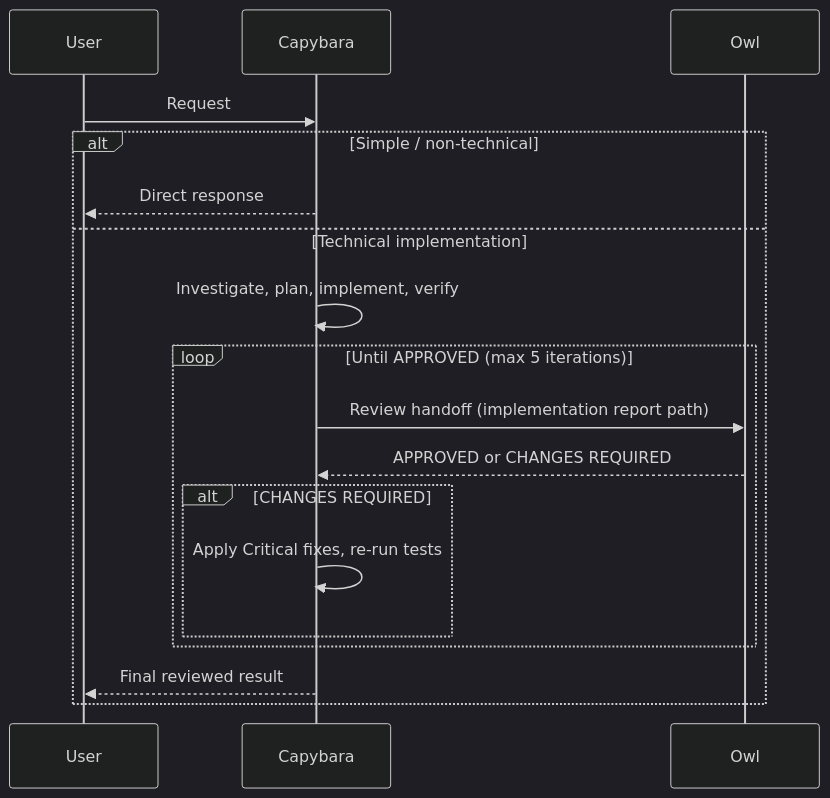
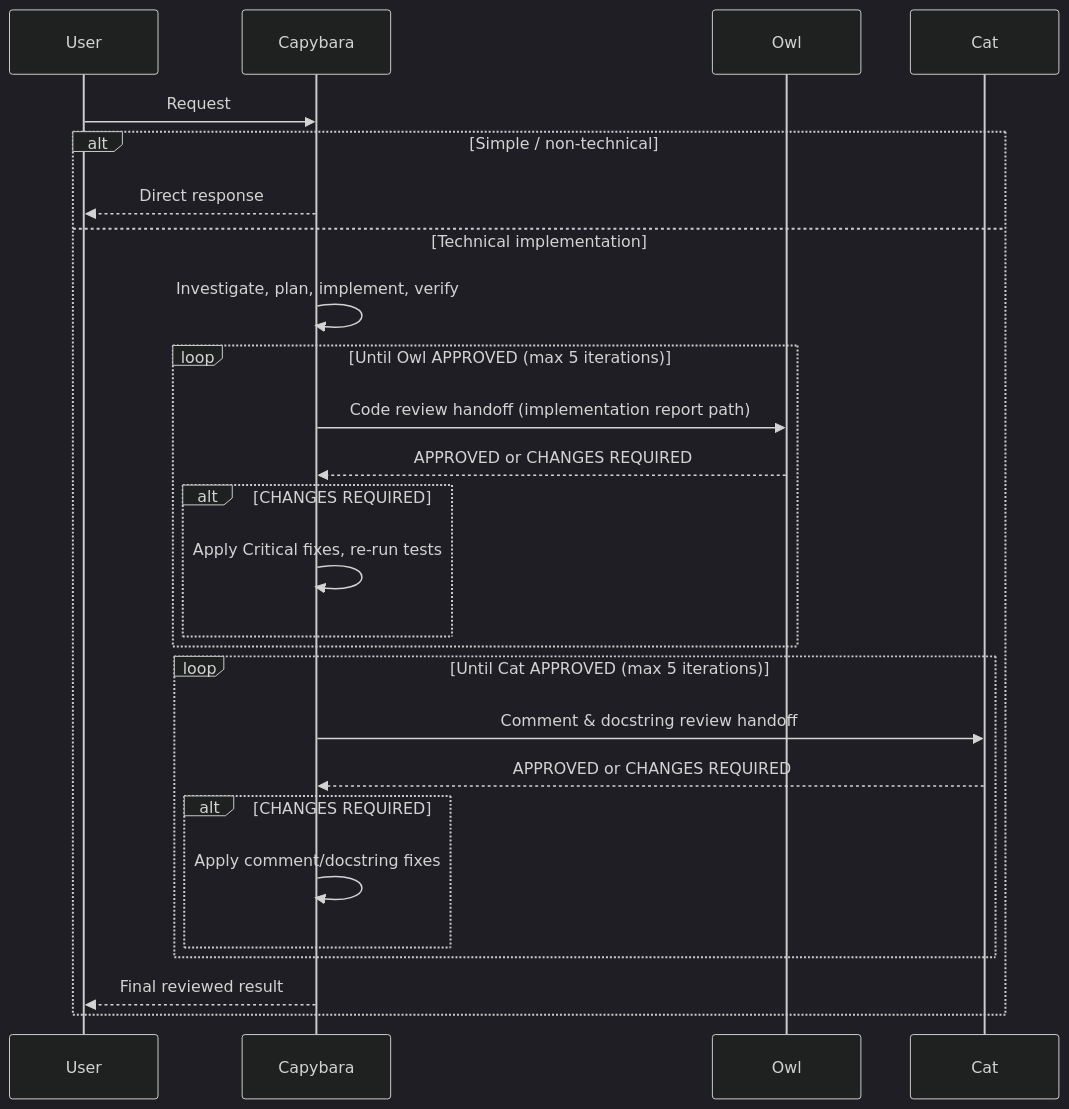
Before and after one commit to kevinkwee/github-copilot-squad-simplified: the second of 2 diagrams in README.md, drawn with Mermaid (dark theme). The commit also changed other lines of this file and 3 other files, not shown here.

First line of the commit message:
feat: add Cat comment/docstring reviewer and Duo variant

````diff
--- a/README.md
+++ b/README.md
@@ -100,22 +124,30 @@
 ```mermaid
 sequenceDiagram
   participant U as User
   participant C as Capybara
   participant W as Owl
+  participant A as Cat
 
   U->>C: Request
 
   alt Simple / non-technical
     C-->>U: Direct response
   else Technical implementation
     C->>C: Investigate, plan, implement, verify
-    loop Until APPROVED (max 5 iterations)
-      C->>W: Review handoff (implementation report path)
+    loop Until Owl APPROVED (max 5 iterations)
+      C->>W: Code review handoff (implementation report path)
       W-->>C: APPROVED or CHANGES REQUIRED
       alt CHANGES REQUIRED
         C->>C: Apply Critical fixes, re-run tests
       end
     end
+    loop Until Cat APPROVED (max 5 iterations)
+      C->>A: Comment & docstring review handoff
+      A-->>C: APPROVED or CHANGES REQUIRED
+      alt CHANGES REQUIRED
+        C->>C: Apply comment/docstring fixes
+      end
+    end
     C-->>U: Final reviewed result
   end
 ```
````
